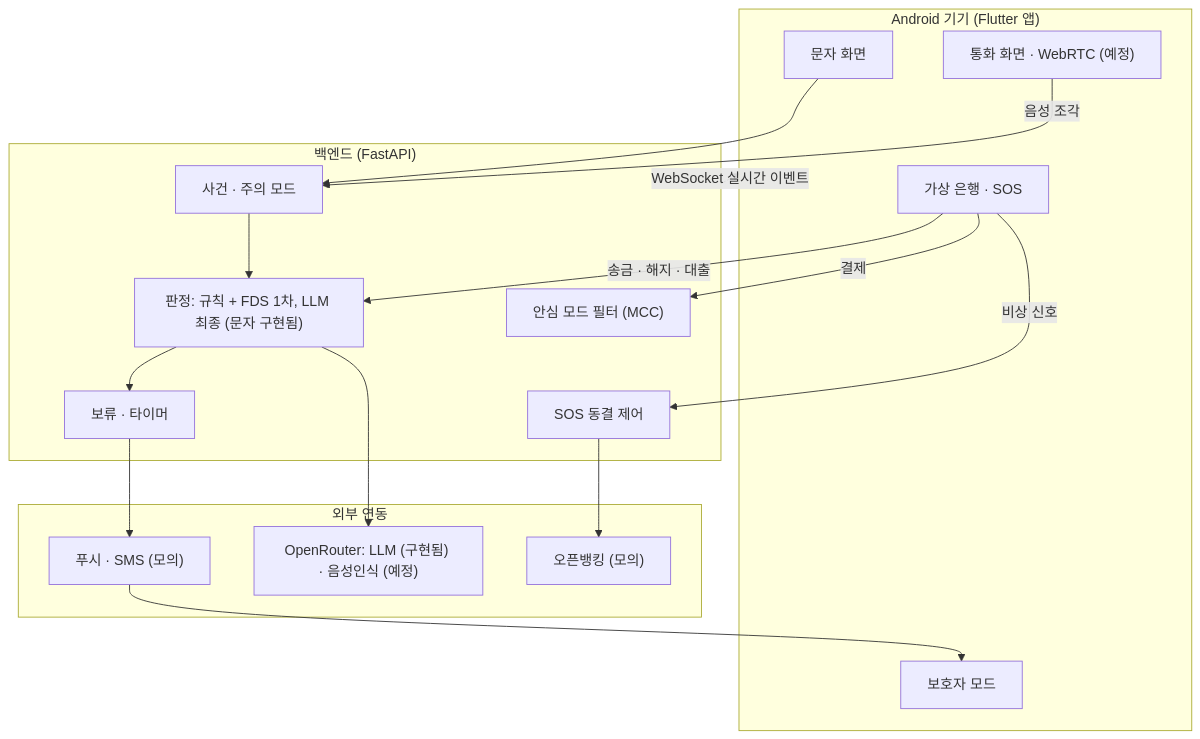
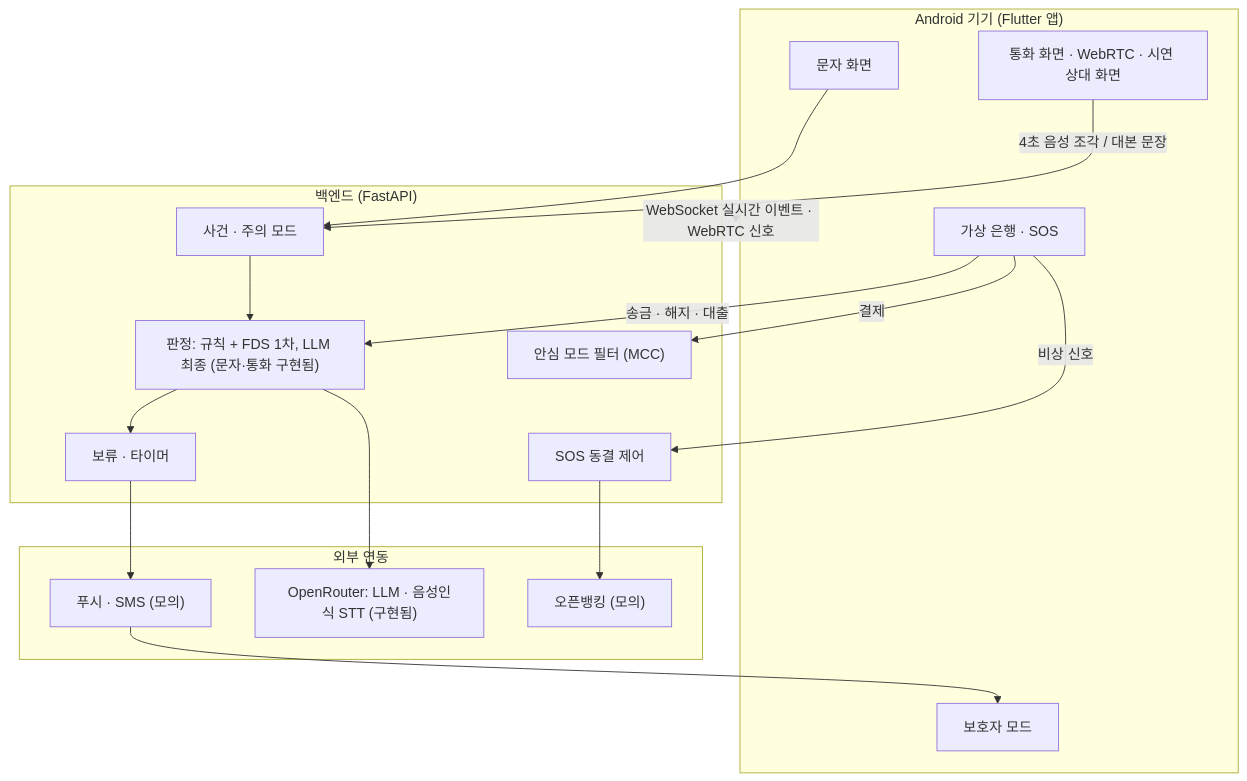
One commit to Tristan-2021/finance_tech changed the second of 2 diagrams in README.md. Above: the diagram before and after it, drawn with Mermaid. The commit also changed other lines of this file and 46 other files, not shown here.

````diff
--- a/README.md
+++ b/README.md
@@ -107,30 +107,30 @@
 ```mermaid
 flowchart TD
     subgraph App["Android 기기 (Flutter 앱)"]
         SMS["문자 화면"]
-        CALL["통화 화면 · WebRTC (예정)"]
+        CALL["통화 화면 · WebRTC · 시연 상대 화면"]
         BANK["가상 은행 · SOS"]
         G["보호자 모드"]
     end
     subgraph Server["백엔드 (FastAPI)"]
         INC["사건 · 주의 모드"]
-        JUDGE["판정: 규칙 + FDS 1차, LLM 최종 (문자 구현됨)"]
+        JUDGE["판정: 규칙 + FDS 1차, LLM 최종 (문자·통화 구현됨)"]
         HOLD["보류 · 타이머"]
         SOS["SOS 동결 제어"]
         MODE["안심 모드 필터 (MCC)"]
     end
     subgraph Ext["외부 연동"]
-        OR["OpenRouter: LLM (구현됨) · 음성인식 (예정)"]
+        OR["OpenRouter: LLM · 음성인식 STT (구현됨)"]
         OB["오픈뱅킹 (모의)"]
         PUSH["푸시 · SMS (모의)"]
     end
     SMS --> INC
-    CALL -- "음성 조각" --> INC
+    CALL -- "4초 음성 조각 / 대본 문장" --> INC
     INC --> JUDGE
     BANK -- "송금 · 해지 · 대출" --> JUDGE --> HOLD
     BANK -- "결제" --> MODE
     BANK -- "비상 신호" --> SOS --> OB
     JUDGE --> OR
     HOLD --> PUSH --> G
-    Server -. "WebSocket 실시간 이벤트" .-> App
+    Server -. "WebSocket 실시간 이벤트 · WebRTC 신호" .-> App
 ```
````
